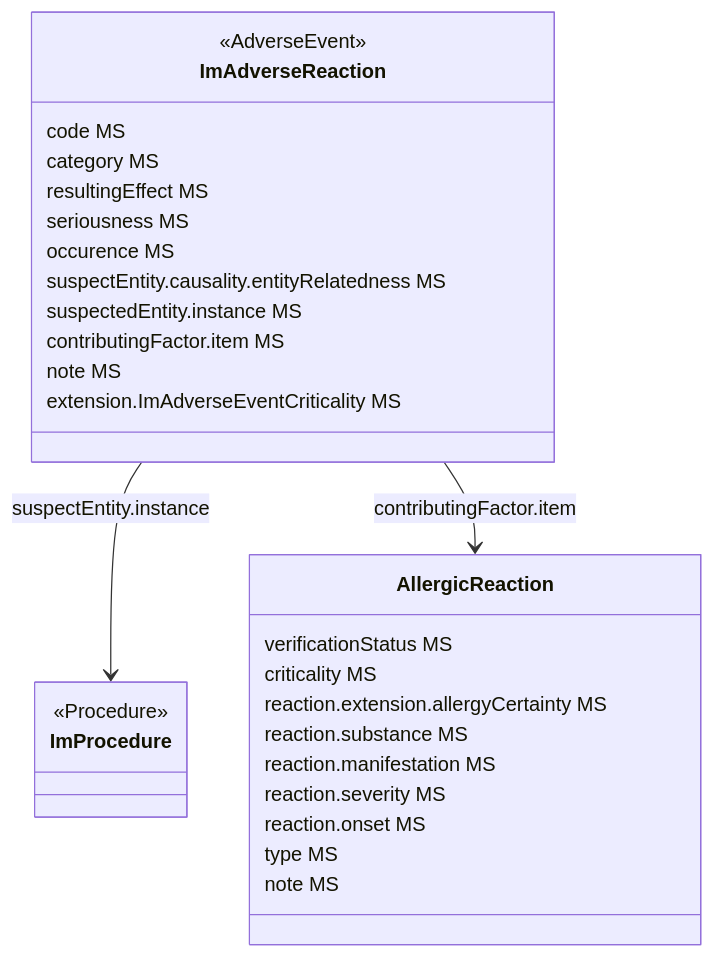
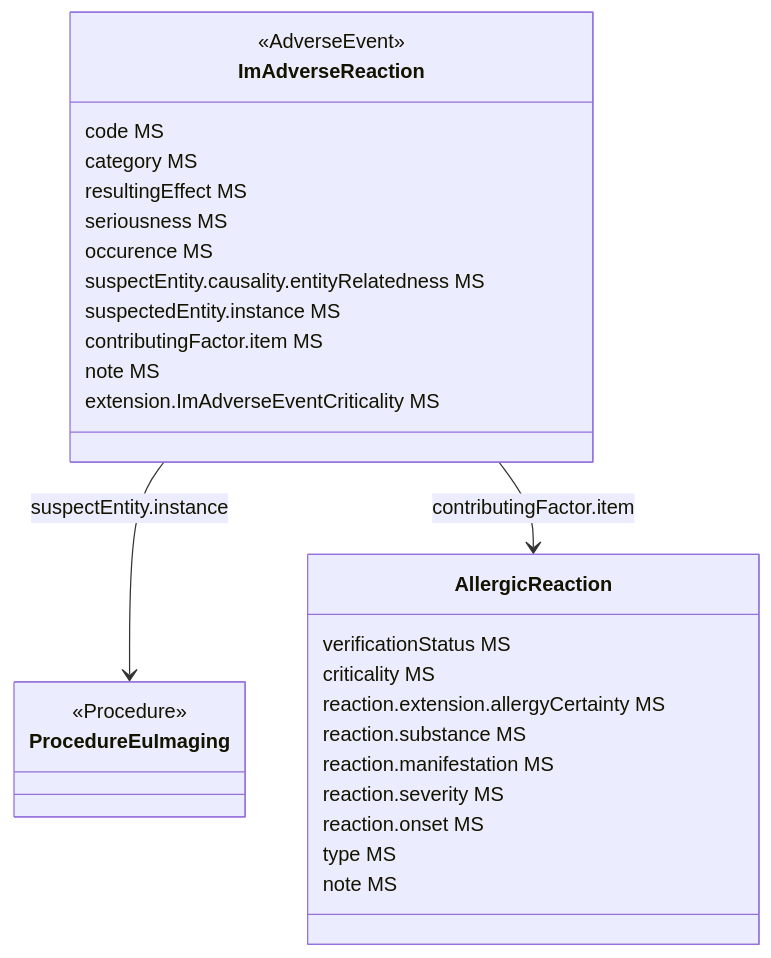
One commit to hl7-eu/imaging changed the diagram in igs/r5/input/pagecontent/design-consideration-procedure-adverse-reaction.md. Above: the diagram before and after it, drawn with Mermaid. The commit also changed other lines of this file and 142 other files, not shown here.

````diff
--- a/igs/r5/input/pagecontent/design-consideration-procedure-adverse-reaction.md
+++ b/igs/r5/input/pagecontent/design-consideration-procedure-adverse-reaction.md
@@ -10,35 +10,35 @@
 ```mermaid
 classDiagram
   class ImAdverseReaction {
     <<AdverseEvent>>
     code MS
     category MS
     resultingEffect MS
     seriousness MS
     occurence MS
     suspectEntity.causality.entityRelatedness MS
     suspectedEntity.instance MS
     contributingFactor.item MS
     note MS
     extension.ImAdverseEventCriticality MS
   }
 
   class AllergicReaction{
     verificationStatus MS
     criticality MS
     reaction.extension.allergyCertainty MS
     reaction.substance MS
     reaction.manifestation MS
     reaction.severity  MS
     reaction.onset MS
     type MS
     note MS
   }
 
-  class ImProcedure{
+  class ProcedureEuImaging{
     <<Procedure>>
   }
 
-  ImAdverseReaction --> ImProcedure: suspectEntity.instance
+  ImAdverseReaction --> ProcedureEuImaging: suspectEntity.instance
   ImAdverseReaction --> AllergicReaction: contributingFactor.item
 ```
````
